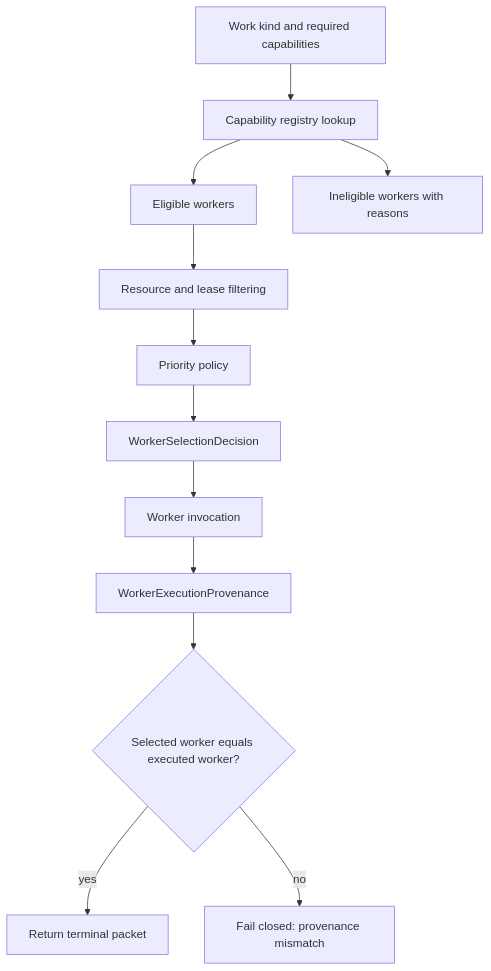
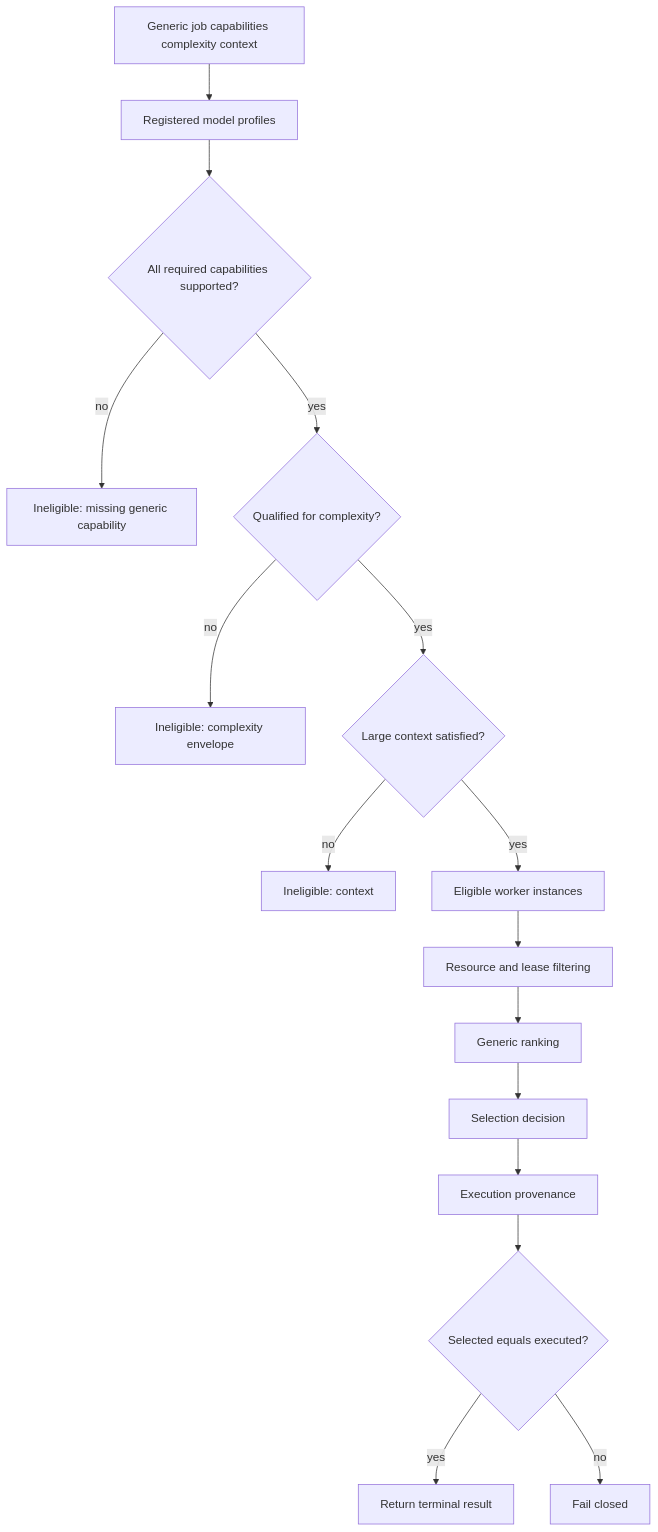
One commit to Tommyboyjedi/ATHBA changed the eighth of 13 diagrams in docs/pr23_worker_routing_state_machines.md. Above: the diagram before and after it, drawn with Mermaid. The commit also changed other lines of this file, not shown here.

Commit message:
docs: redraw routing state machines around generic connector

````diff
--- a/docs/pr23_worker_routing_state_machines.md
+++ b/docs/pr23_worker_routing_state_machines.md
@@ -131,14 +184,18 @@
 ```mermaid
 flowchart TD
-    A[Work kind and required capabilities] --> B[Capability registry lookup]
-    B --> C[Eligible workers]
-    B --> D[Ineligible workers with reasons]
-    C --> E[Resource and lease filtering]
-    E --> F[Priority policy]
-    F --> G[WorkerSelectionDecision]
-    G --> H[Worker invocation]
-    H --> I[WorkerExecutionProvenance]
-    I --> J{Selected worker equals executed worker?}
-    J -->|yes| K[Return terminal packet]
-    J -->|no| L[Fail closed: provenance mismatch]
+    A[Generic job capabilities complexity context] --> B[Registered model profiles]
+    B --> C{All required capabilities supported?}
+    C -->|no| D[Ineligible: missing generic capability]
+    C -->|yes| E{Qualified for complexity?}
+    E -->|no| F[Ineligible: complexity envelope]
+    E -->|yes| G{Large context satisfied?}
+    G -->|no| H[Ineligible: context]
+    G -->|yes| I[Eligible worker instances]
+    I --> J[Resource and lease filtering]
+    J --> K[Generic ranking]
+    K --> L[Selection decision]
+    L --> M[Execution provenance]
+    M --> N{Selected equals executed?}
+    N -->|yes| O[Return terminal result]
+    N -->|no| P[Fail closed]
 ```
````
